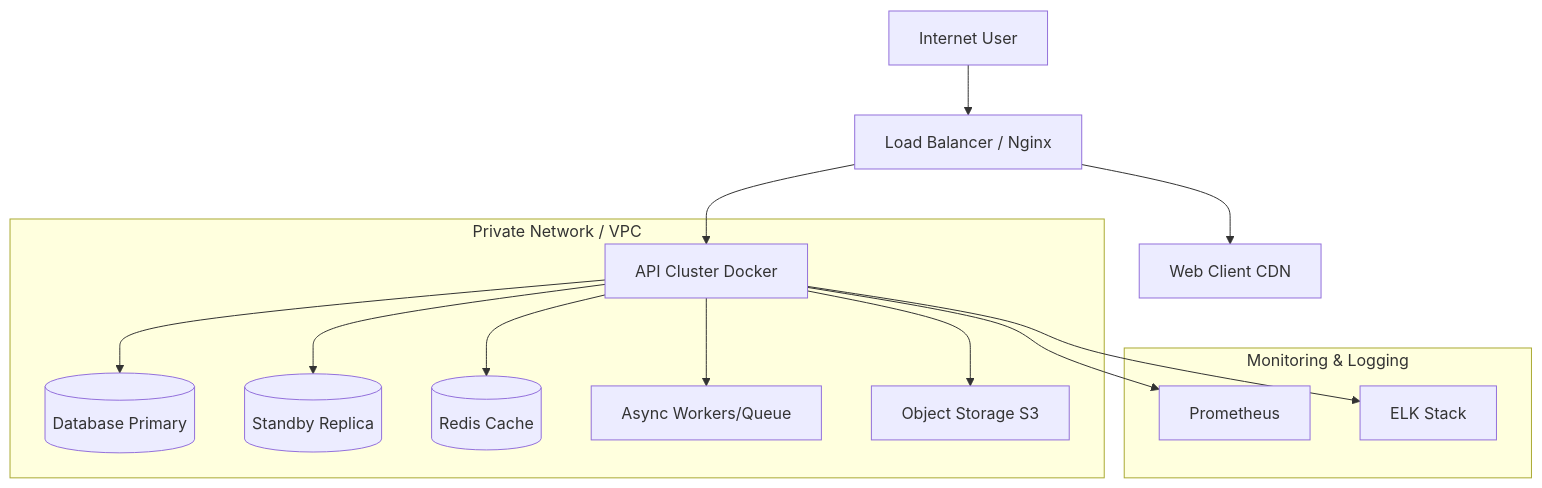
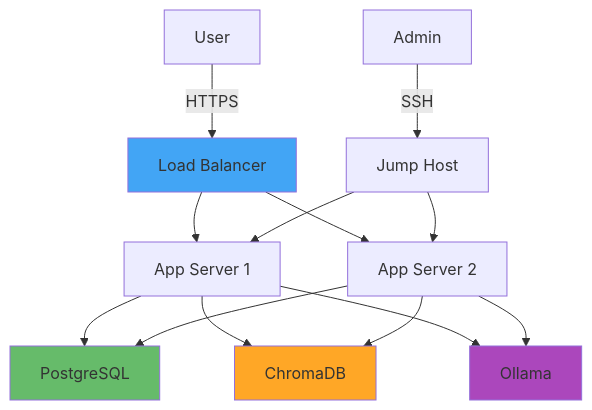
One commit to Pitcher755/soft-architect-ai changed the diagram in packages/knowledge_base/01-TEMPLATES/40-PLANNING/DEPLOYMENT_INFRASTRUCTURE.template.md. Above: the diagram before and after it, drawn with Mermaid. The commit also changed other lines of this file and 85 other files, not shown here.

````diff
--- a/packages/knowledge_base/01-TEMPLATES/40-PLANNING/DEPLOYMENT_INFRASTRUCTURE.template.md
+++ b/packages/knowledge_base/01-TEMPLATES/40-PLANNING/DEPLOYMENT_INFRASTRUCTURE.template.md
@@ -8,19 +28,21 @@
 ```mermaid
 graph TD
-    User[Internet User] --> LB[Load Balancer / Nginx]
-    LB --> API[API Cluster Docker]
-    LB --> Web[Web Client CDN]
+    A[User] -->|HTTPS| B[Load Balancer]
+    B --> C[App Server 1]
+    B --> D[App Server 2]
+    C --> E[PostgreSQL]
+    C --> F[ChromaDB]
+    C --> G[Ollama]
+    D --> E
+    D --> F
+    D --> G
 
-    subgraph PrivateNetwork["Private Network / VPC"]
-        API --> DB[(Database Primary)]
-        API --> Replica[(Standby Replica)]
-        API --> Redis[(Redis Cache)]
-        API --> Worker[Async Workers/Queue]
-        API --> Storage[Object Storage S3]
-    end
+    H[Admin] -->|SSH| I[Jump Host]
+    I --> C
+    I --> D
 
-    subgraph Monitoring["Monitoring & Logging"]
-        API --> Prometheus[Prometheus]
-        API --> ELK[ELK Stack]
-    end
+    style B fill:#42a5f5
+    style E fill:#66bb6a
+    style F fill:#ffa726
+    style G fill:#ab47bc
 ```
````
